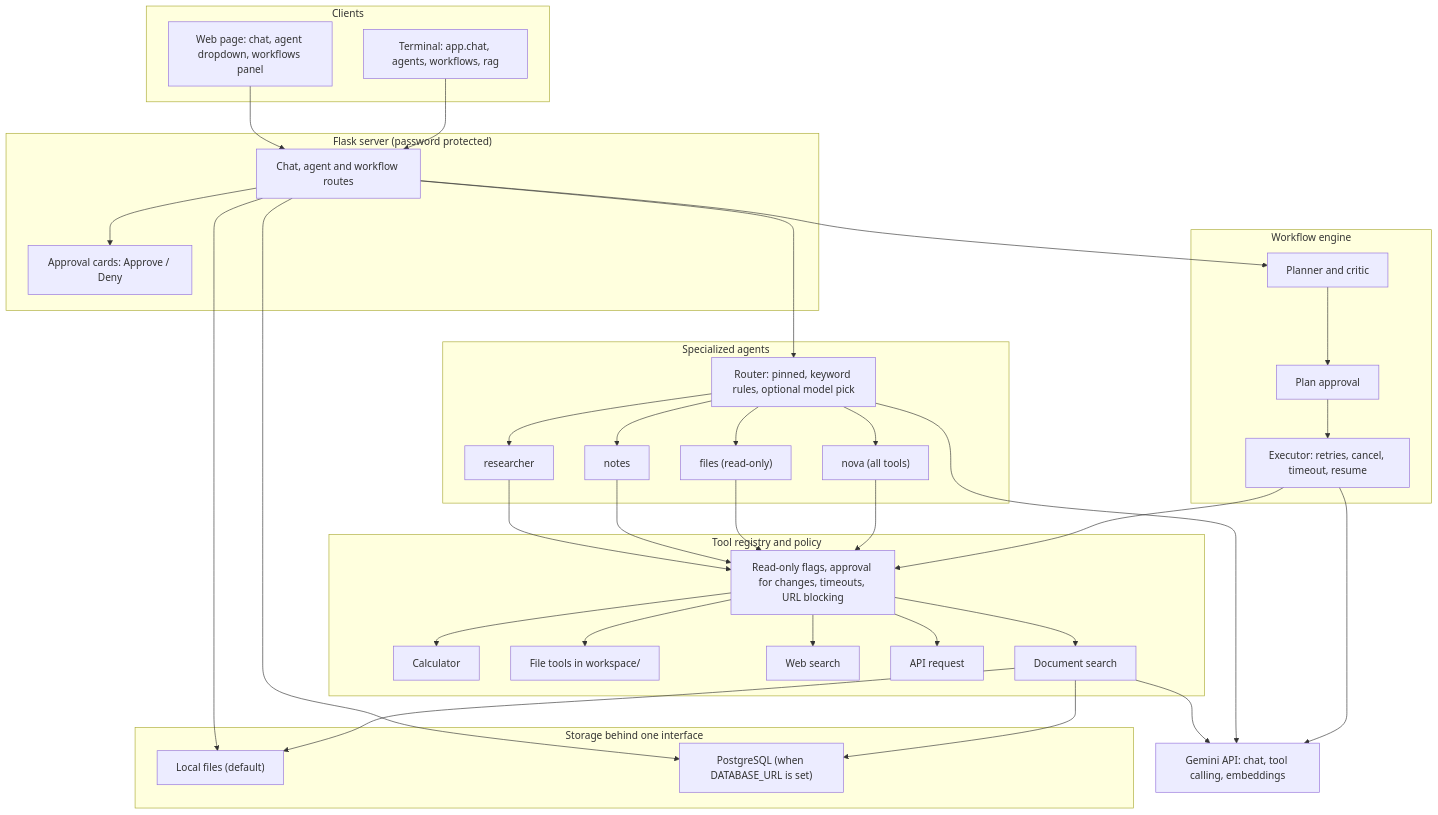
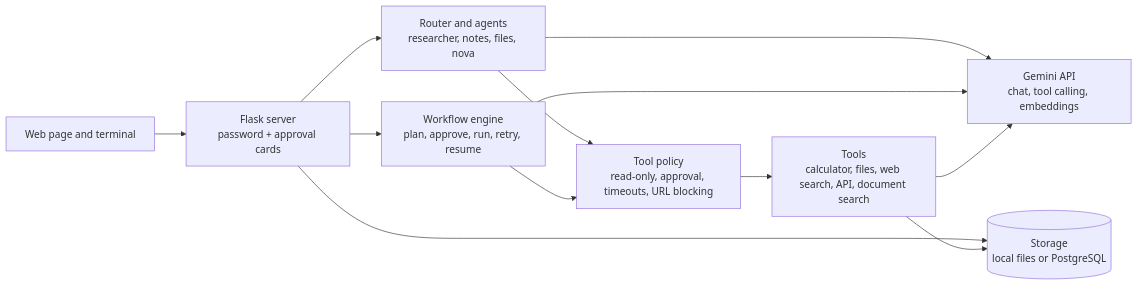
Before and after one commit to abhilashyaragal570-del/nova: the diagram in README.md, drawn with Mermaid.

Commit message:
Simplify architecture diagram

````diff
--- a/README.md
+++ b/README.md
@@ -9,70 +9,14 @@
 ```mermaid
-flowchart TD
-    subgraph Clients
-        WEB["Web page: chat, agent dropdown, workflows panel"]
-        CLI["Terminal: app.chat, agents, workflows, rag"]
-    end
-
-    subgraph Server["Flask server (password protected)"]
-        API["Chat, agent and workflow routes"]
-        APPR["Approval cards: Approve / Deny"]
-    end
-
-    subgraph Agents["Specialized agents"]
-        ROUTER["Router: pinned, keyword rules, optional model pick"]
-        RESEARCHER["researcher"]
-        NOTES["notes"]
-        FILES["files (read-only)"]
-        NOVA["nova (all tools)"]
-    end
-
-    subgraph Workflows["Workflow engine"]
-        PLAN["Planner and critic"]
-        PAPPR["Plan approval"]
-        RUN["Executor: retries, cancel, timeout, resume"]
-    end
-
-    subgraph Tools["Tool registry and policy"]
-        POLICY["Read-only flags, approval for changes, timeouts, URL blocking"]
-        CALC["Calculator"]
-        FTOOLS["File tools in workspace/"]
-        SEARCH["Web search"]
-        APIT["API request"]
-        DOCS["Document search"]
-    end
-
-    GEMINI["Gemini API: chat, tool calling, embeddings"]
-
-    subgraph Storage["Storage behind one interface"]
-        LOCAL["Local files (default)"]
-        PG["PostgreSQL (when DATABASE_URL is set)"]
-    end
-
-    WEB --> API
-    CLI --> API
-    API --> APPR
-    API --> ROUTER
-    API --> PLAN
-    ROUTER --> RESEARCHER
-    ROUTER --> NOTES
-    ROUTER --> FILES
-    ROUTER --> NOVA
-    PLAN --> PAPPR --> RUN
-    RESEARCHER --> POLICY
-    NOTES --> POLICY
-    FILES --> POLICY
-    NOVA --> POLICY
-    RUN --> POLICY
-    POLICY --> CALC
-    POLICY --> FTOOLS
-    POLICY --> SEARCH
-    POLICY --> APIT
-    POLICY --> DOCS
-    DOCS --> GEMINI
-    ROUTER --> GEMINI
-    RUN --> GEMINI
-    API --> LOCAL
-    API --> PG
-    DOCS --> LOCAL
-    DOCS --> PG
+flowchart LR
+    UI["Web page and terminal"] --> SRV["Flask server<br/>password + approval cards"]
+    SRV --> AG["Router and agents<br/>researcher, notes, files, nova"]
+    SRV --> WF["Workflow engine<br/>plan, approve, run, retry, resume"]
+    AG --> POL["Tool policy<br/>read-only, approval, timeouts, URL blocking"]
+    WF --> POL
+    POL --> TOOLS["Tools<br/>calculator, files, web search, API, document search"]
+    AG --> LLM["Gemini API<br/>chat, tool calling, embeddings"]
+    WF --> LLM
+    TOOLS --> LLM
+    SRV --> DB[("Storage<br/>local files or PostgreSQL")]
+    TOOLS --> DB
 ```
````
